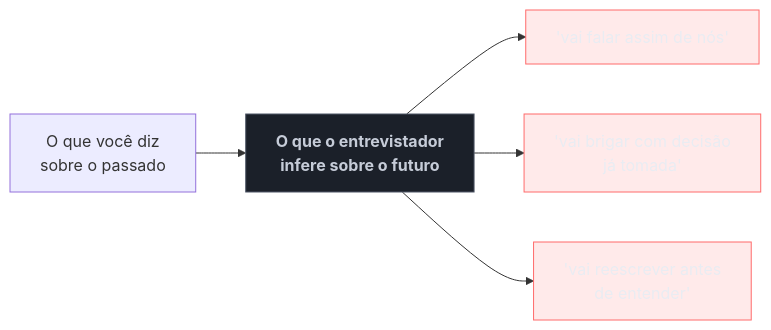
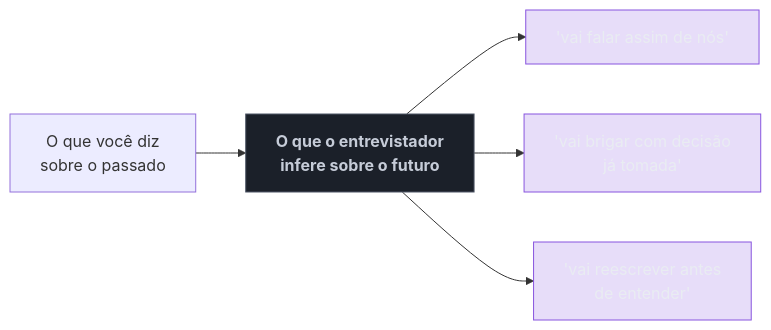
One commit to josenaldo/codex-technomanticus changed the diagram in 03-Dominios/Carreira/Entrevistas/12 - Red flags que sêniores produzem sem perceber.md. Above: the diagram before and after it, drawn with Mermaid. The commit also changed 601 other files, not shown here.

````diff
--- a/03-Dominios/Carreira/Entrevistas/12 - Red flags que sêniores produzem sem perceber.md
+++ b/03-Dominios/Carreira/Entrevistas/12 - Red flags que sêniores produzem sem perceber.md
@@ -55,14 +55,14 @@
 ```mermaid
 graph LR
+    classDef marca fill:#8855DF33,stroke:#8855DF,color:#E9ECF2
     classDef neutro fill:#1B2029,stroke:#4E5666,color:#C6CCD8
-    classDef falha fill:#FF6B6B24,stroke:#FF6B6B,color:#E9ECF2
     A["O que você diz<br/>sobre o passado"] --> B["<b>O que o entrevistador<br/>infere sobre o futuro</b>"]
     B --> C["'vai falar assim de nós'"]
     B --> D["'vai brigar com decisão<br/>já tomada'"]
     B --> E["'vai reescrever antes<br/>de entender'"]
 
     class B neutro
-    class C falha
-    class D falha
-    class E falha
+    class C marca
+    class D marca
+    class E marca
 ```
````
